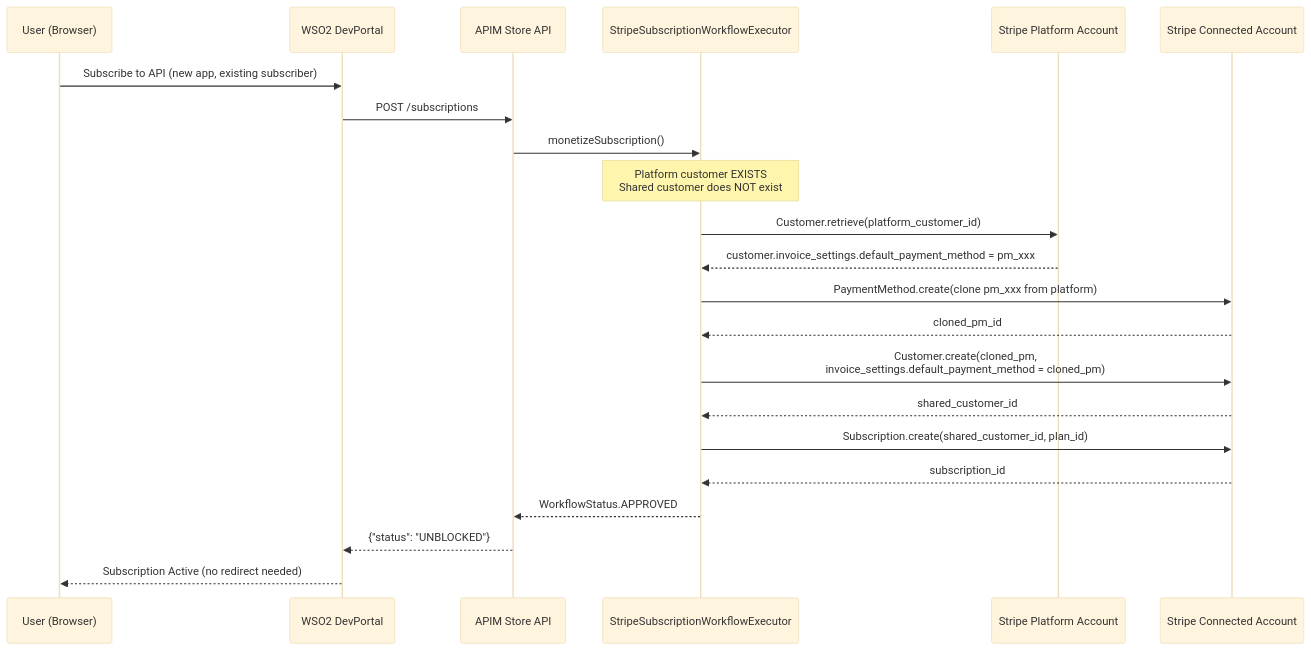
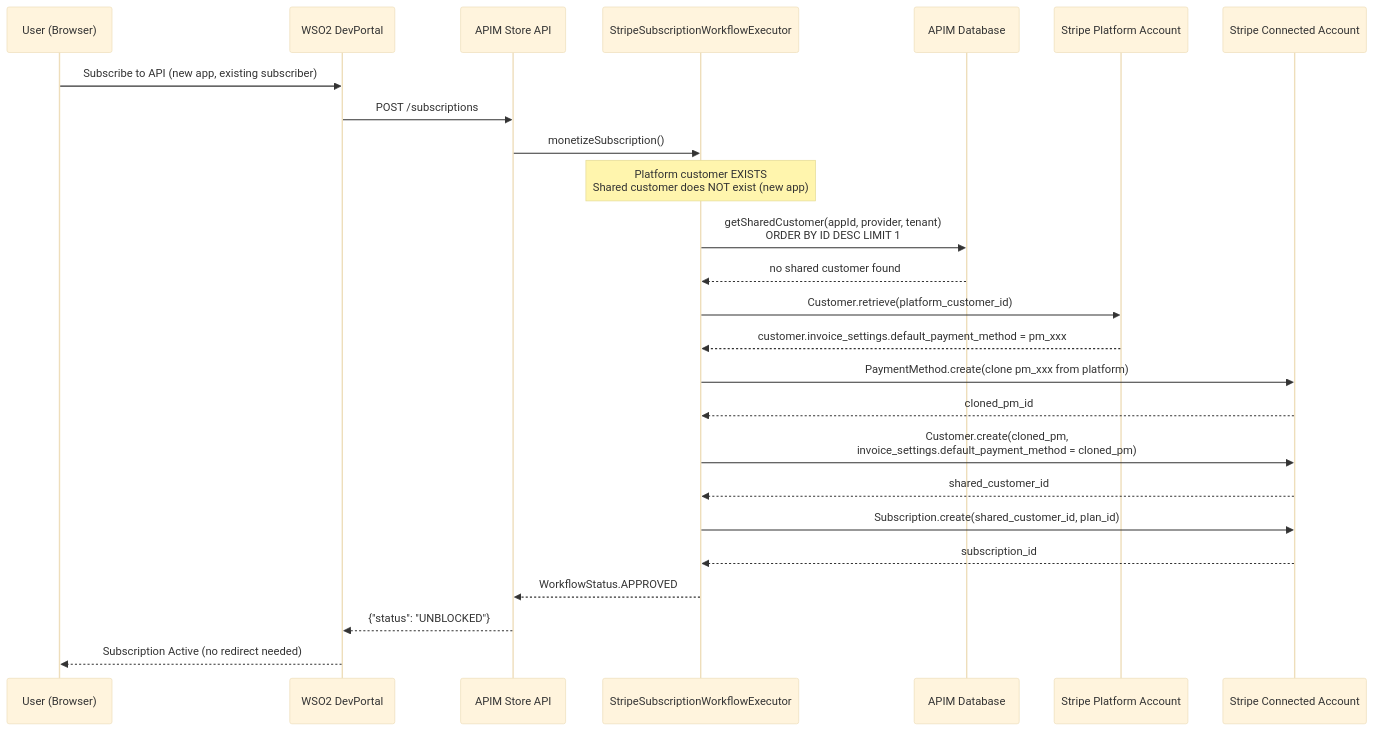
The seventh of 14 diagrams in docs/STRIPE_MONETIZATION_CUSTOMIZATION.md (cbabey/-wso2-apim-stripe-monetization), drawn with Mermaid (base theme) before and after one commit. The commit also changed other lines of this file and 6 other files, not shown here.

````diff
--- a/docs/STRIPE_MONETIZATION_CUSTOMIZATION.md
+++ b/docs/STRIPE_MONETIZATION_CUSTOMIZATION.md
@@ -529,27 +530,31 @@
 ```mermaid
 sequenceDiagram
     participant U as User (Browser)
     participant DP as WSO2 DevPortal
     participant API as APIM Store API
     participant WF as StripeSubscriptionWorkflowExecutor
+    participant DB as APIM Database
     participant PA as Stripe Platform Account
     participant CA as Stripe Connected Account
 
     U->>DP: Subscribe to API (new app, existing subscriber)
     DP->>API: POST /subscriptions
     API->>WF: monetizeSubscription()
 
-    Note over WF: Platform customer EXISTS<br/>Shared customer does NOT exist
+    Note over WF: Platform customer EXISTS<br/>Shared customer does NOT exist (new app)
+
+    WF->>DB: getSharedCustomer(appId, provider, tenant)<br/>ORDER BY ID DESC LIMIT 1
+    DB-->>WF: no shared customer found
 
     WF->>PA: Customer.retrieve(platform_customer_id)
     PA-->>WF: customer.invoice_settings.default_payment_method = pm_xxx
     WF->>CA: PaymentMethod.create(clone pm_xxx from platform)
     CA-->>WF: cloned_pm_id
     WF->>CA: Customer.create(cloned_pm,<br/>invoice_settings.default_payment_method = cloned_pm)
     CA-->>WF: shared_customer_id
     WF->>CA: Subscription.create(shared_customer_id, plan_id)
     CA-->>WF: subscription_id
     WF-->>API: WorkflowStatus.APPROVED
     API-->>DP: {"status": "UNBLOCKED"}
     DP-->>U: Subscription Active (no redirect needed)
 ```
````
